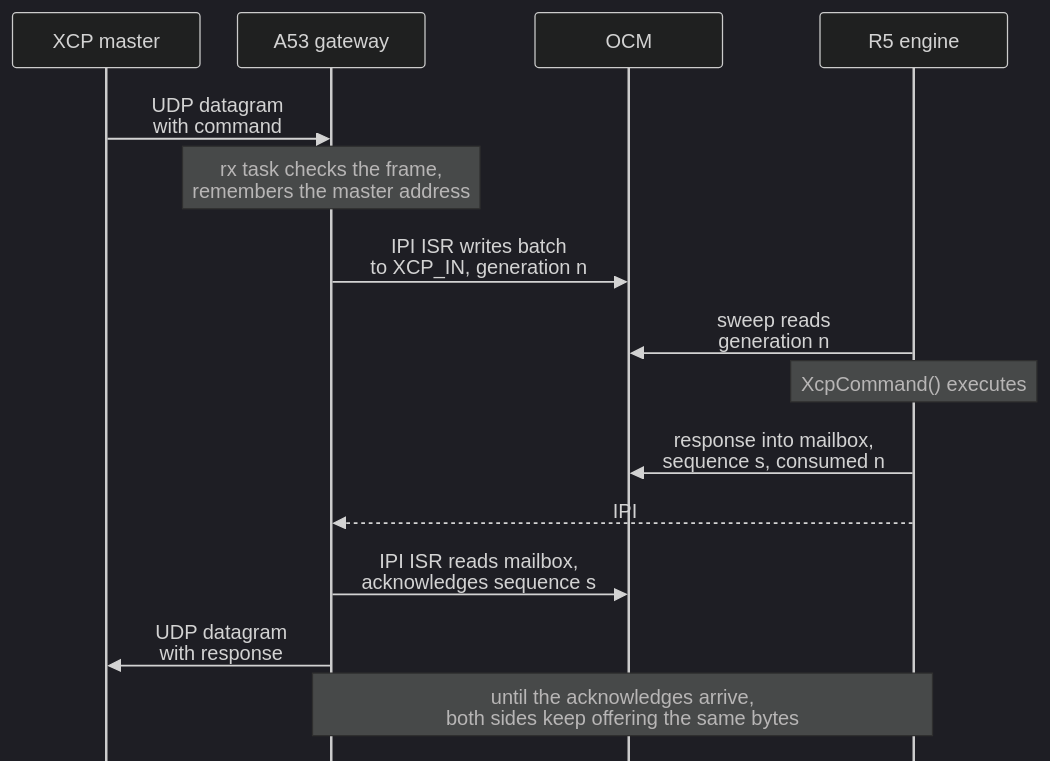
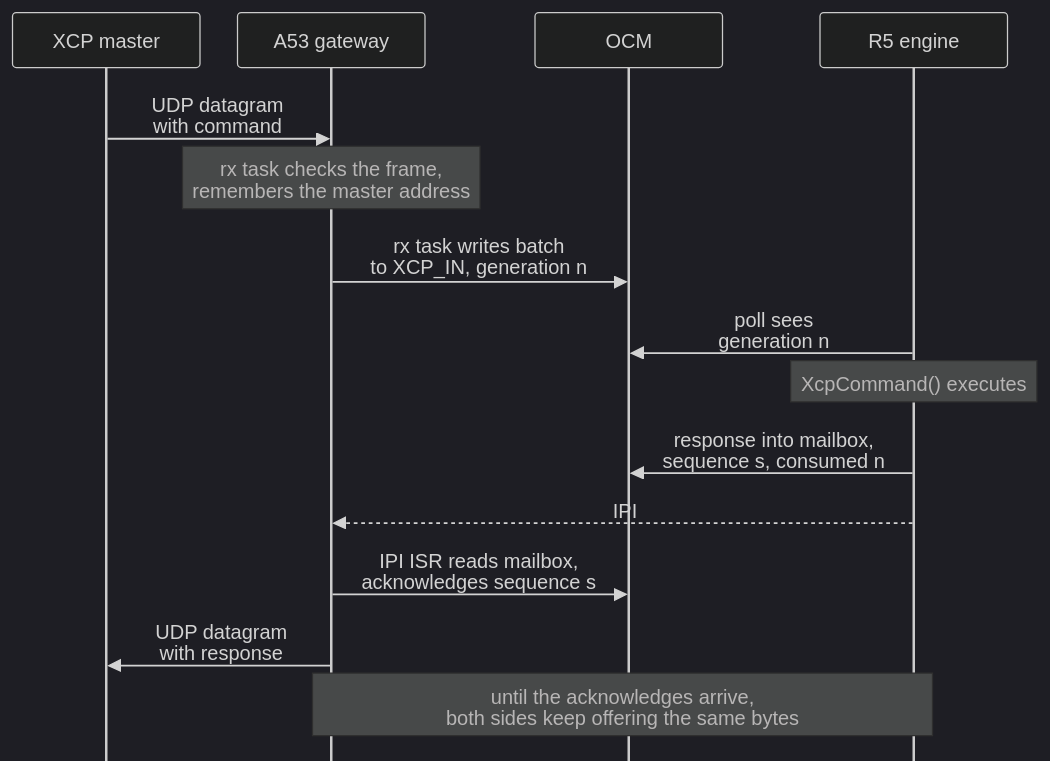
The fourth of 5 diagrams in docs/source/guide/XCP/XCP_architecture.rst (ultrazohm/ultrazohm_sw), drawn with Mermaid (dark theme) before and after one commit. The commit also changed other lines of this file and 2 other files, not shown here.

First line of the commit message:
docs: XCP exchange pacing, A53 profile, measured limits

```diff
--- a/docs/source/guide/XCP/XCP_architecture.rst
+++ b/docs/source/guide/XCP/XCP_architecture.rst
@@ -212,20 +219,20 @@
 .. mermaid::
     :align: center
     :caption: Path of one XCP command and its response
 
     %%{init: {"sequence": {"mirrorActors": false, "messageMargin": 28, "actorMargin": 30, "noteMargin": 8, "boxMargin": 6, "height": 44}}}%%
     sequenceDiagram
       participant M as XCP master
       participant A as A53 gateway
       participant O as OCM
       participant R as R5 engine
       M->>A: UDP datagram<br>with command
       Note over A: rx task checks the frame,<br>remembers the master address
-      A->>O: IPI ISR writes batch<br>to XCP_IN, generation n
-      R->>O: sweep reads<br>generation n
+      A->>O: rx task writes batch<br>to XCP_IN, generation n
+      R->>O: poll sees<br>generation n
       Note over R: XcpCommand() executes
       R->>O: response into mailbox,<br>sequence s, consumed n
       R-->>A: IPI
       A->>O: IPI ISR reads mailbox,<br>acknowledges sequence s
       A->>M: UDP datagram<br>with response
       Note over A,R: until the acknowledges arrive,<br>both sides keep offering the same bytes
```
